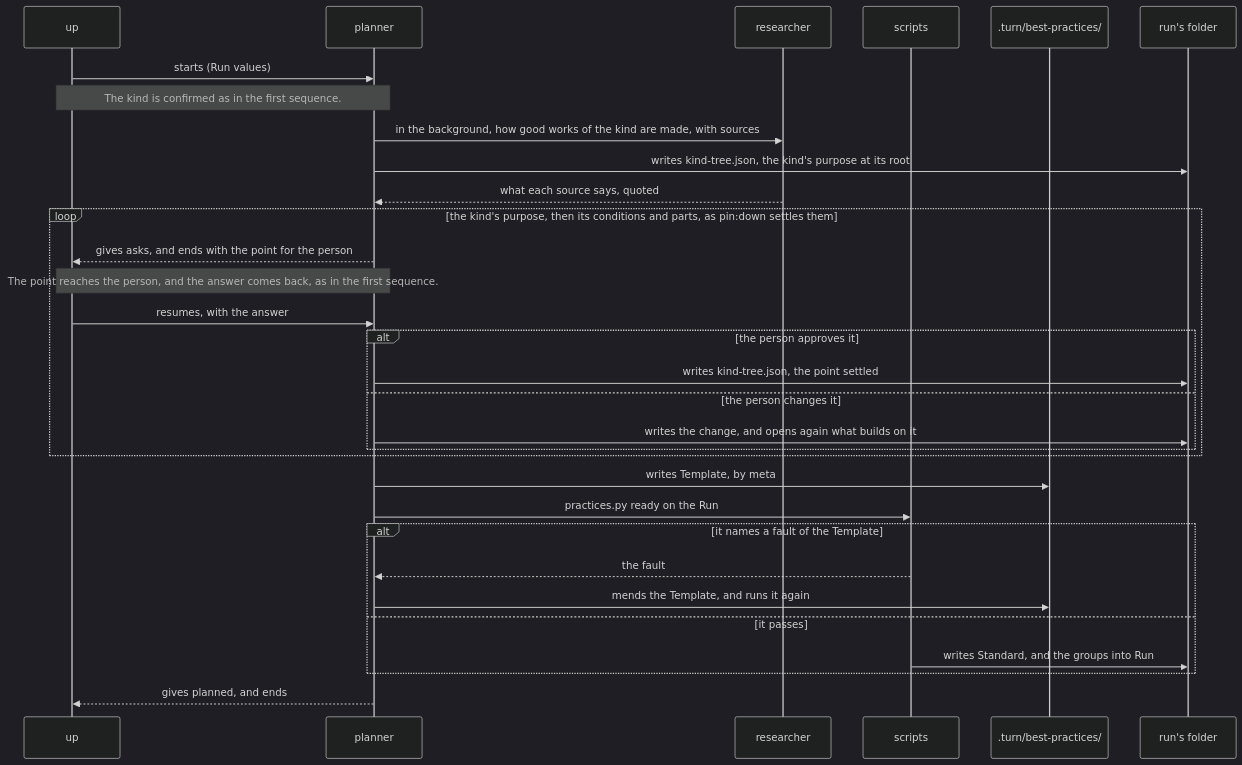
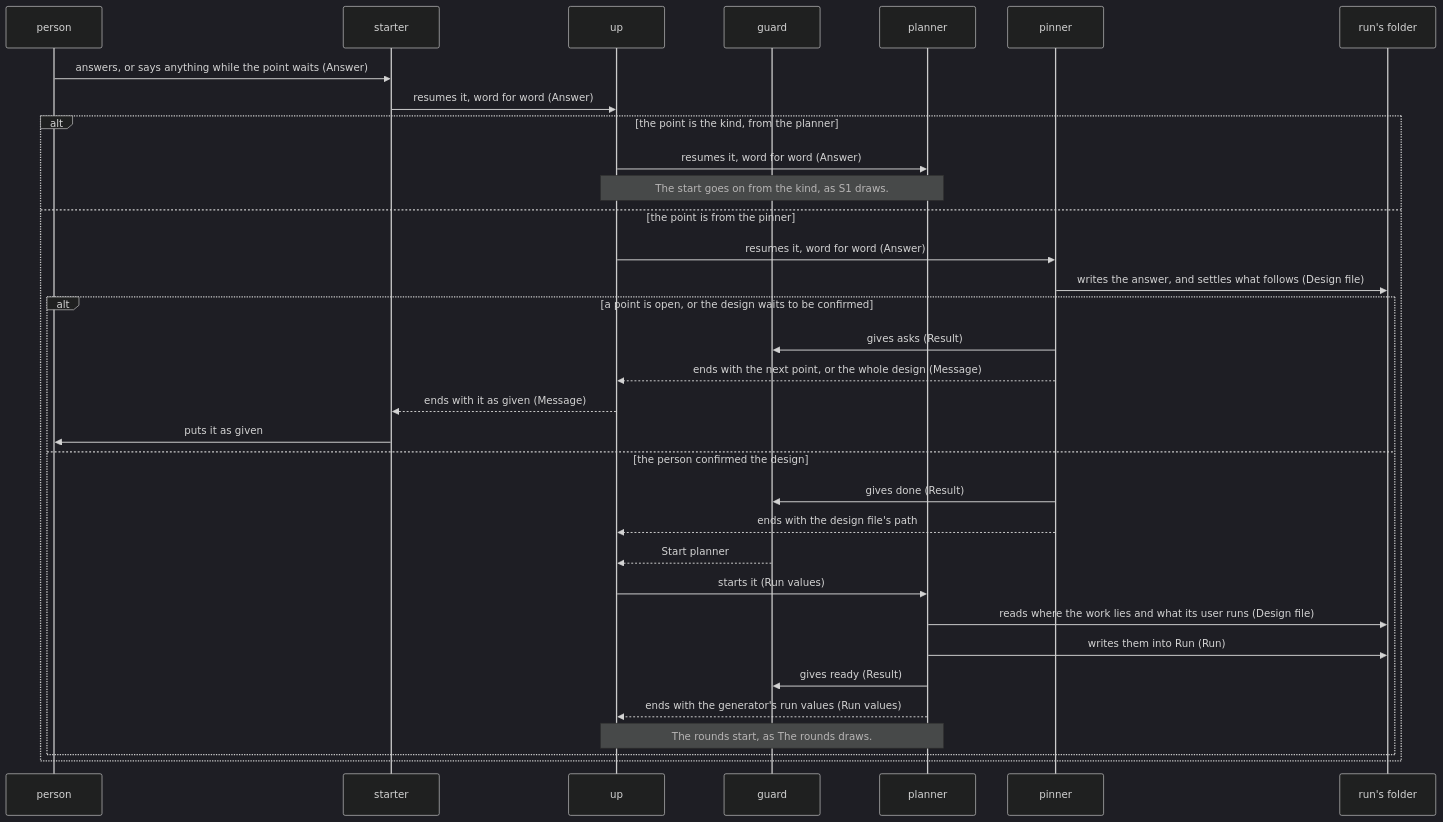
Before and after one commit to lovaizu/ccpm: the second of 3 diagrams in dev/turn/architecture.md, drawn with Mermaid (dark theme). The commit also changed other lines of this file and 8 other files, not shown here.

````diff
--- a/dev/turn/architecture.md
+++ b/dev/turn/architecture.md
@@ -529,33 +375,35 @@
 ```mermaid
 sequenceDiagram
+  participant P as person
+  participant ST as starter
   participant U as up
+  participant G as guard
   participant PL as planner
-  participant RS as researcher
-  participant S as scripts
-  participant T as .turn/best-practices/
+  participant PN as pinner
   participant F as run's folder
-  U->>PL: starts (Run values)
-  Note over U,PL: The kind is confirmed as in the first sequence.
-  PL->>RS: in the background, how good works of the kind are made, with sources
-  PL->>F: writes kind-tree.json, the kind's purpose at its root
-  RS-->>PL: what each source says, quoted
-  loop the kind's purpose, then its conditions and parts, as pin:down settles them
-    PL-->>U: gives asks, and ends with the point for the person
-    Note over U,PL: The point reaches the person, and the answer comes back, as in the first sequence.
-    U->>PL: resumes, with the answer
-    alt the person approves it
-      PL->>F: writes kind-tree.json, the point settled
-    else the person changes it
-      PL->>F: writes the change, and opens again what builds on it
+  P->>ST: answers, or says anything while the point waits (Answer)
+  ST->>U: resumes it, word for word (Answer)
+  alt the point is the kind, from the planner
+    U->>PL: resumes it, word for word (Answer)
+    Note over U,PL: The start goes on from the kind, as S1 draws.
+  else the point is from the pinner
+    U->>PN: resumes it, word for word (Answer)
+    PN->>F: writes the answer, and settles what follows (Design file)
+    alt a point is open, or the design waits to be confirmed
+      PN->>G: gives asks (Result)
+      PN-->>U: ends with the next point, or the whole design (Message)
+      U-->>ST: ends with it as given (Message)
+      ST->>P: puts it as given
+    else the person confirmed the design
+      PN->>G: gives done (Result)
+      PN-->>U: ends with the design file's path
+      G-->>U: Start planner
+      U->>PL: starts it (Run values)
+      PL->>F: reads where the work lies and what its user runs (Design file)
+      PL->>F: writes them into Run (Run)
+      PL->>G: gives ready (Result)
+      PL-->>U: ends with the generator's run values (Run values)
+      Note over U,PL: The rounds start, as The rounds draws.
     end
   end
-  PL->>T: writes Template, by meta
-  PL->>S: practices.py ready on the Run
-  alt it names a fault of the Template
-    S-->>PL: the fault
-    PL->>T: mends the Template, and runs it again
-  else it passes
-    S->>F: writes Standard, and the groups into Run
-  end
-  PL-->>U: gives planned, and ends
 ```
````
